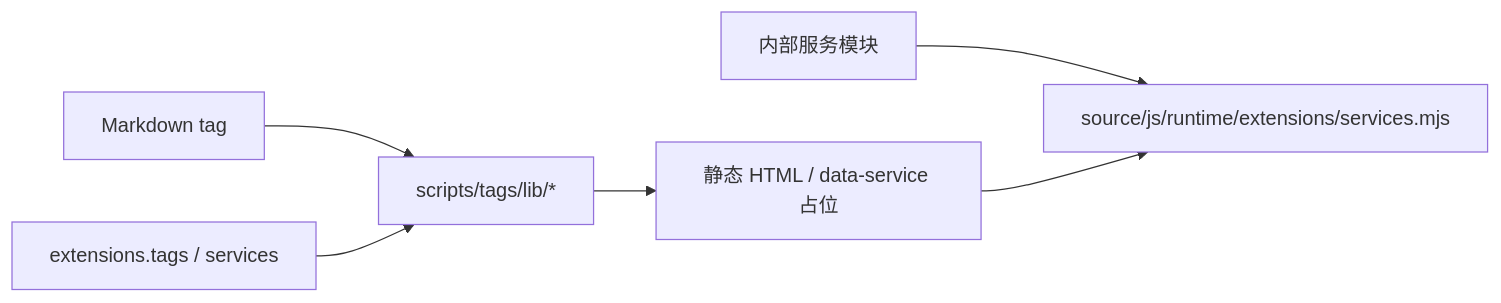
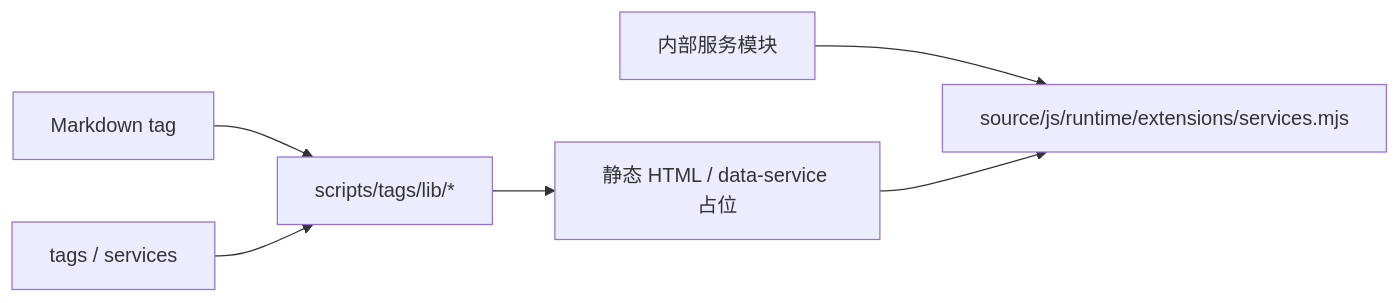
Before and after one commit to xaoxuu/hexo-theme-stellar: the diagram in docs/knowledge/04-标签插件/tag-plugins-overview.md, drawn with Mermaid. The commit also changed other lines of this file and 42 other files, not shown here.

````diff
--- a/docs/knowledge/04-标签插件/tag-plugins-overview.md
+++ b/docs/knowledge/04-标签插件/tag-plugins-overview.md
@@ -57,8 +56,8 @@
 ```mermaid
 flowchart LR
   MD["Markdown tag"] --> HANDLER["scripts/tags/lib/*"]
-  CONFIG["extensions.tags / services"] --> HANDLER
+  CONFIG["tags / services"] --> HANDLER
   HANDLER --> HTML["静态 HTML / data-service 占位"]
   ASSETS["内部服务模块"] --> CLIENT["source/js/runtime/extensions/services.mjs"]
   HTML --> CLIENT
 ```
````
